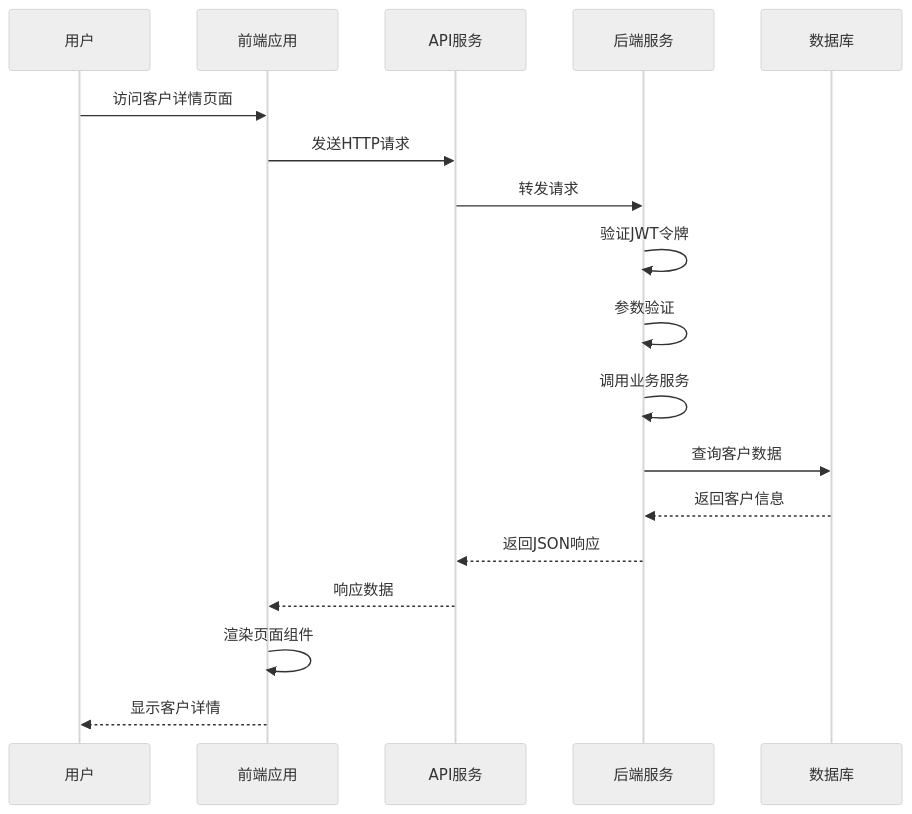
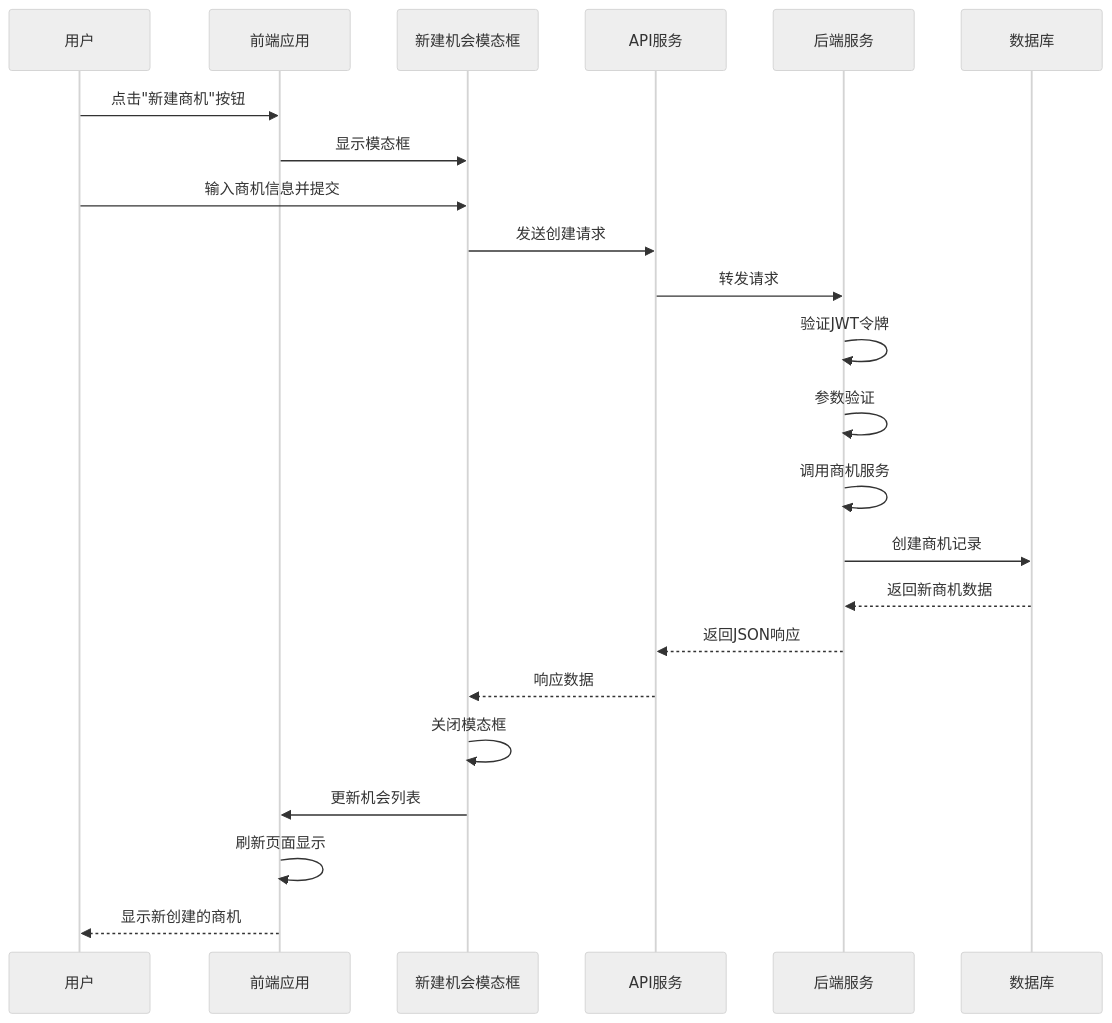
One commit to xianjianshenqu/SalesFlow-CRM changed the second of 9 diagrams in .qoder/repowiki/zh/content/Customer Detail Page.md. Above: the diagram before and after it, drawn with Mermaid (neutral theme). The commit also changed other lines of this file and 28 other files, not shown here.

````diff
--- a/.qoder/repowiki/zh/content/Customer Detail Page.md
+++ b/.qoder/repowiki/zh/content/Customer Detail Page.md
@@ -104,20 +125,25 @@
 ```mermaid
 sequenceDiagram
 participant User as 用户
 participant Frontend as 前端应用
+participant Modal as 新建机会模态框
 participant API as API服务
 participant Backend as 后端服务
 participant Database as 数据库
-User->>Frontend : 访问客户详情页面
-Frontend->>API : 发送HTTP请求
+User->>Frontend : 点击"新建商机"按钮
+Frontend->>Modal : 显示模态框
+User->>Modal : 输入商机信息并提交
+Modal->>API : 发送创建请求
 API->>Backend : 转发请求
 Backend->>Backend : 验证JWT令牌
 Backend->>Backend : 参数验证
-Backend->>Backend : 调用业务服务
-Backend->>Database : 查询客户数据
-Database-->>Backend : 返回客户信息
+Backend->>Backend : 调用商机服务
+Backend->>Database : 创建商机记录
+Database-->>Backend : 返回新商机数据
 Backend-->>API : 返回JSON响应
-API-->>Frontend : 响应数据
-Frontend->>Frontend : 渲染页面组件
-Frontend-->>User : 显示客户详情
+API-->>Modal : 响应数据
+Modal->>Modal : 关闭模态框
+Modal->>Frontend : 更新机会列表
+Frontend->>Frontend : 刷新页面显示
+Frontend-->>User : 显示新创建的商机
 ```
````
